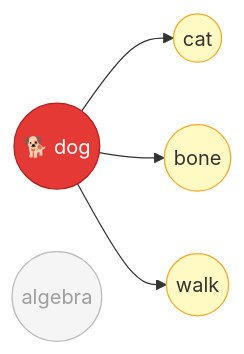
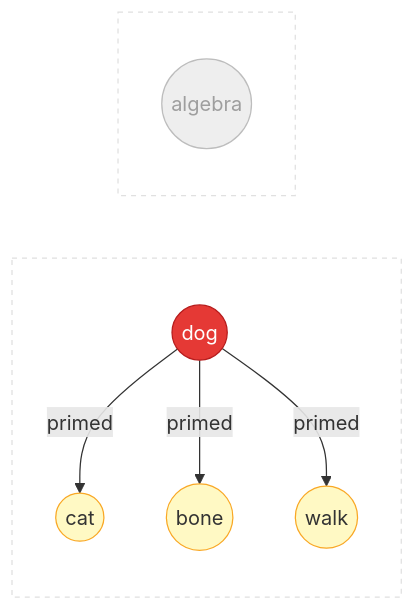
One commit to takyone/spikuit changed the second of 2 diagrams in docs/concepts.md. Above: the diagram before and after it, drawn with Mermaid. The commit also changed 2 other files, not shown here.

Commit message:
docs: fix chart label overlap and spreading activation diagram
- Chart.js: add layout padding, limit tick counts, widen axis ranges
  to prevent data/label overlap
- Chart.js: deterministic LIF pressure (remove Math.random)
- Mermaid spreading activation: use subgraphs to clearly separate
  activated nodes from unconnected "algebra" node

````diff
--- a/docs/concepts.md
+++ b/docs/concepts.md
@@ -54,11 +54,17 @@
 ```mermaid
 graph LR
-    dog(("🐕 dog")):::fired --> cat(("cat")):::primed
-    dog --> bone(("bone")):::primed
-    dog --> walk(("walk")):::primed
-    algebra(("algebra")):::inactive
+    subgraph activated [" "]
+        dog(("dog")):::fired -->|primed| cat(("cat")):::primed
+        dog -->|primed| bone(("bone")):::primed
+        dog -->|primed| walk(("walk")):::primed
+    end
+    subgraph not_activated [" "]
+        algebra(("algebra")):::inactive
+    end
 
     classDef fired fill:#E53935,color:#fff,stroke:#B71C1C
     classDef primed fill:#FFF9C4,stroke:#F9A825
-    classDef inactive fill:#F5F5F5,stroke:#BDBDBD,color:#9E9E9E
+    classDef inactive fill:#EEEEEE,stroke:#BDBDBD,color:#9E9E9E
+    style activated fill:none,stroke:#E0E0E0,stroke-dasharray:4
+    style not_activated fill:none,stroke:#E0E0E0,stroke-dasharray:4
 ```
````
